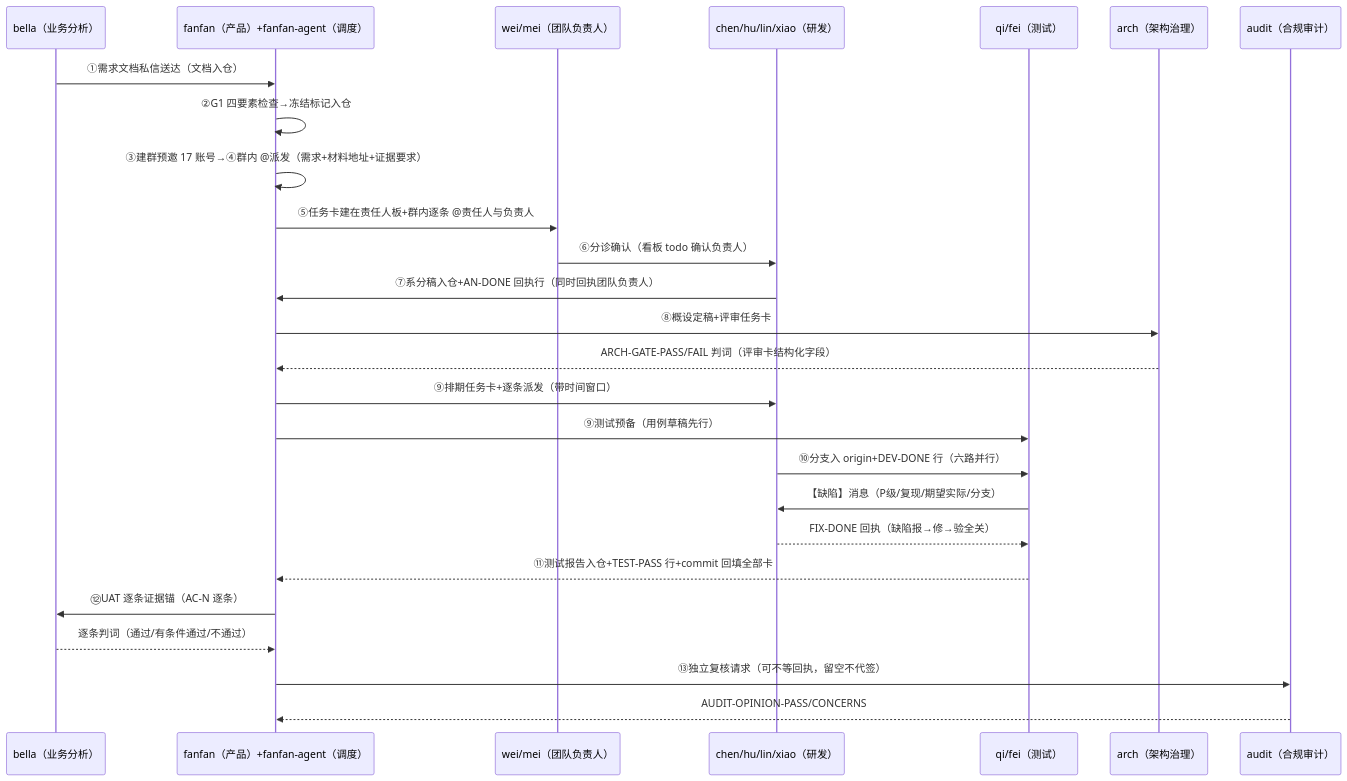
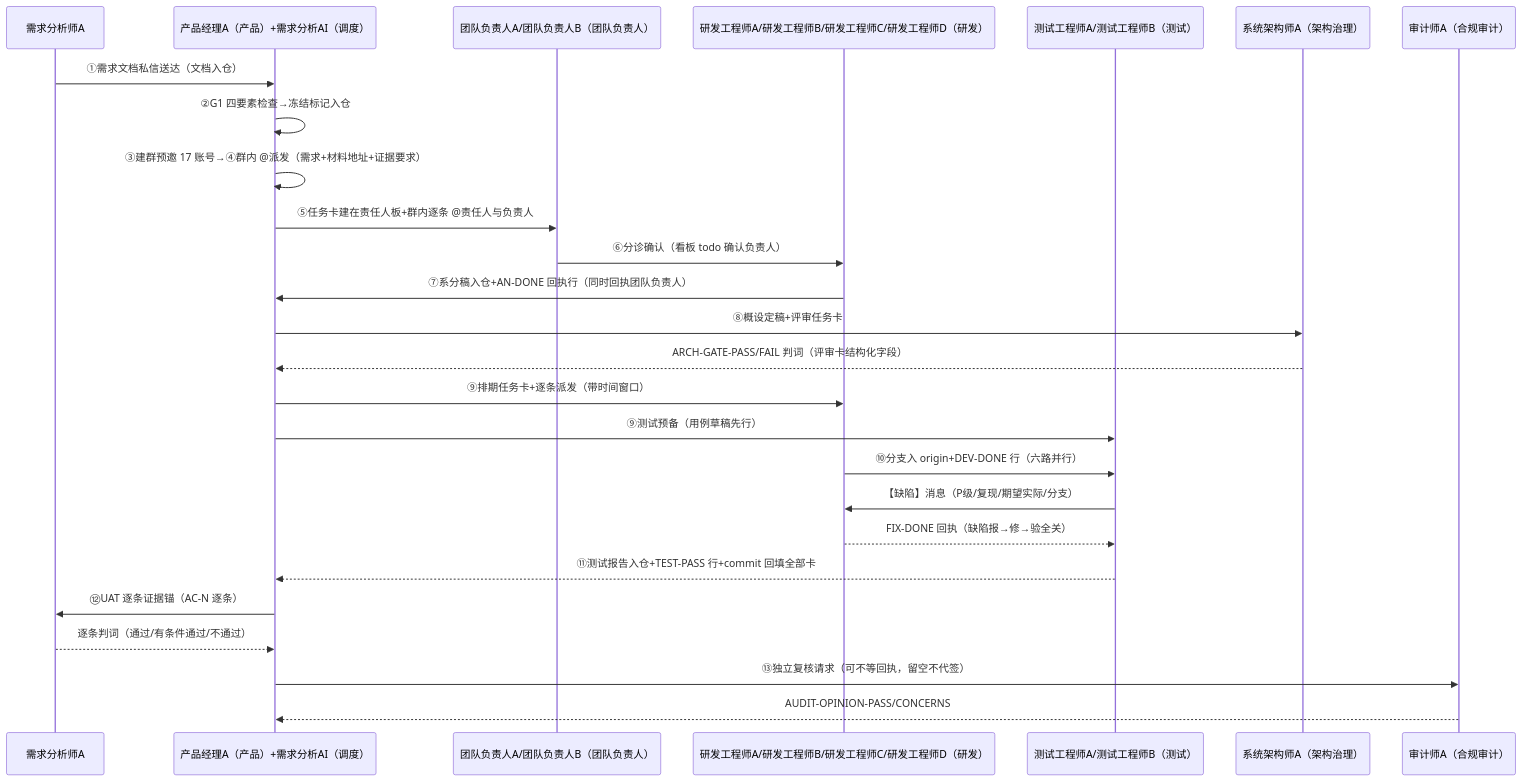
The fourth of 4 diagrams in docs/superpowers/specs/2026-10-05-mux-v8-fullflow-plan.md (issac-new/SwarmStudio), drawn with Mermaid before and after one commit. The commit also changed other lines of this file, not shown here.

````diff
--- a/docs/superpowers/specs/2026-10-05-mux-v8-fullflow-plan.md
+++ b/docs/superpowers/specs/2026-10-05-mux-v8-fullflow-plan.md
@@ -718,28 +718,28 @@
 ```mermaid
 sequenceDiagram
-    participant BA as bella（业务分析）
-    participant PM as fanfan（产品）+fanfan-agent（调度）
-    participant LEAD as wei/mei（团队负责人）
-    participant DEV as chen/hu/lin/xiao（研发）
-    participant QA as qi/fei（测试）
-    participant ARCH as arch（架构治理）
-    participant AU as audit（合规审计）
-    BA->>PM: ①需求文档私信送达（文档入仓）
+    participant RQ as 需求分析师A
+    participant PM as 产品经理A（产品）+需求分析AI（调度）
+    participant LEAD as 团队负责人A/团队负责人B（团队负责人）
+    participant DEV as 研发工程师A/研发工程师B/研发工程师C/研发工程师D（研发）
+    participant QA as 测试工程师A/测试工程师B（测试）
+    participant ARCH as 系统架构师A（架构治理）
+    participant AU as 审计师A（合规审计）
+    RQ->>PM: ①需求文档私信送达（文档入仓）
     PM->>PM: ②G1 四要素检查→冻结标记入仓
     PM->>PM: ③建群预邀 17 账号→④群内 @派发（需求+材料地址+证据要求）
     PM->>LEAD: ⑤任务卡建在责任人板+群内逐条 @责任人与负责人
     LEAD->>DEV: ⑥分诊确认（看板 todo 确认负责人）
     DEV->>PM: ⑦系分稿入仓+AN-DONE 回执行（同时回执团队负责人）
     PM->>ARCH: ⑧概设定稿+评审任务卡
     ARCH-->>PM: ARCH-GATE-PASS/FAIL 判词（评审卡结构化字段）
     PM->>DEV: ⑨排期任务卡+逐条派发（带时间窗口）
     PM->>QA: ⑨测试预备（用例草稿先行）
     DEV->>QA: ⑩分支入 origin+DEV-DONE 行（六路并行）
     QA->>DEV: 【缺陷】消息（P级/复现/期望实际/分支）
     DEV-->>QA: FIX-DONE 回执（缺陷报→修→验全关）
     QA-->>PM: ⑪测试报告入仓+TEST-PASS 行+commit 回填全部卡
-    PM->>BA: ⑫UAT 逐条证据锚（AC-N 逐条）
-    BA-->>PM: 逐条判词（通过/有条件通过/不通过）
+    PM->>RQ: ⑫UAT 逐条证据锚（AC-N 逐条）
+    RQ-->>PM: 逐条判词（通过/有条件通过/不通过）
     PM->>AU: ⑬独立复核请求（可不等回执，留空不代签）
     AU-->>PM: AUDIT-OPINION-PASS/CONCERNS
 ```
````
